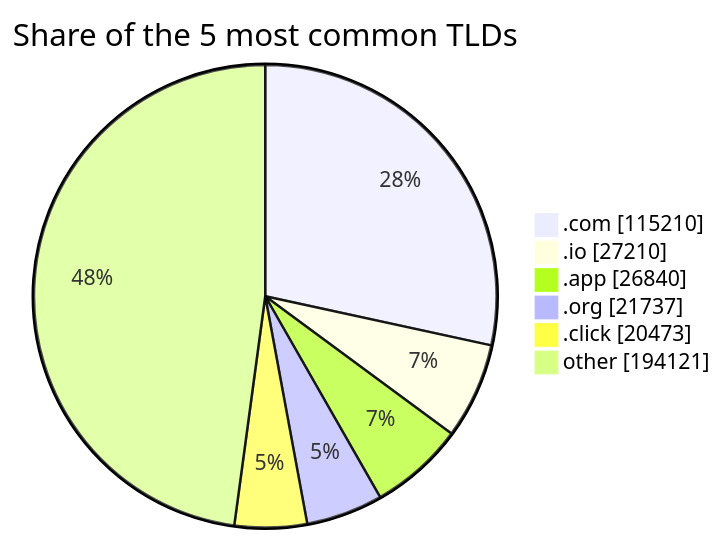
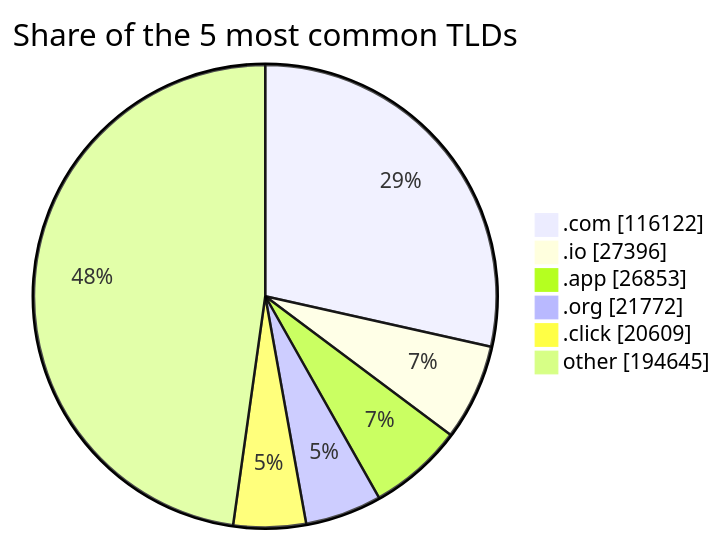
One commit to DNSBunker/CTI changed the third of 3 diagrams in README.md. Above: the diagram before and after it, drawn with Mermaid. The commit also changed other lines of this file and 3 other files, not shown here.

````diff
--- a/README.md
+++ b/README.md
@@ -81,9 +81,9 @@
 ```mermaid
 pie showData title Share of the 5 most common TLDs
-    ".com" : 115210
-    ".io" : 27210
-    ".app" : 26840
-    ".org" : 21737
-    ".click" : 20473
-    "other" : 194121
+    ".com" : 116122
+    ".io" : 27396
+    ".app" : 26853
+    ".org" : 21772
+    ".click" : 20609
+    "other" : 194645
 ```
````
